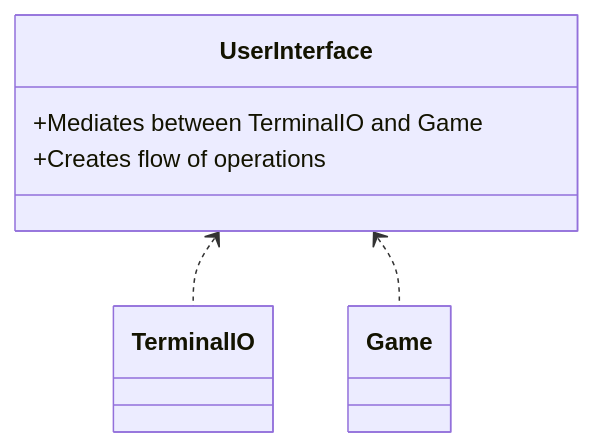
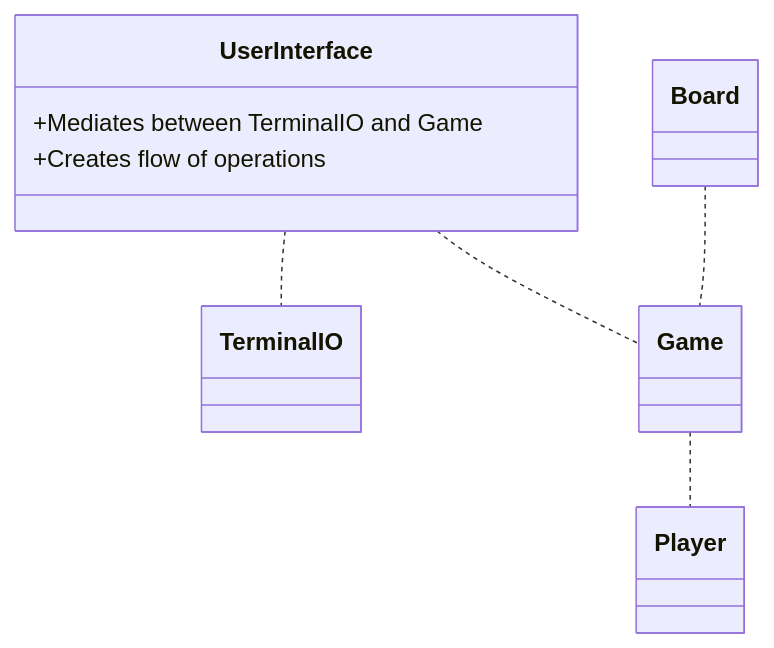
One commit to ritaaktay/battleships changed the diagram in README.md. Above: the diagram before and after it, drawn with Mermaid.

````diff
--- a/README.md
+++ b/README.md
@@ -1,9 +1,11 @@
 ```mermaid
    classDiagram
    class UserInterface{
     +Mediates between TerminalIO and Game
     +Creates flow of operations
    }
-   UserInterface <.. TerminalIO
-   UserInterface <.. Game
+   UserInterface .. TerminalIO
+   UserInterface .. Game
+   Game .. Player
+   Board .. Game
 ```
````
